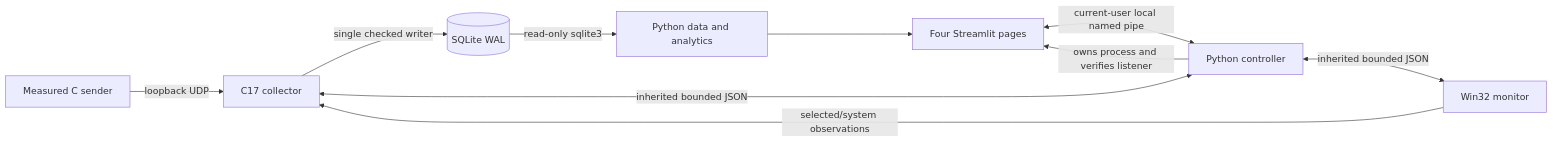
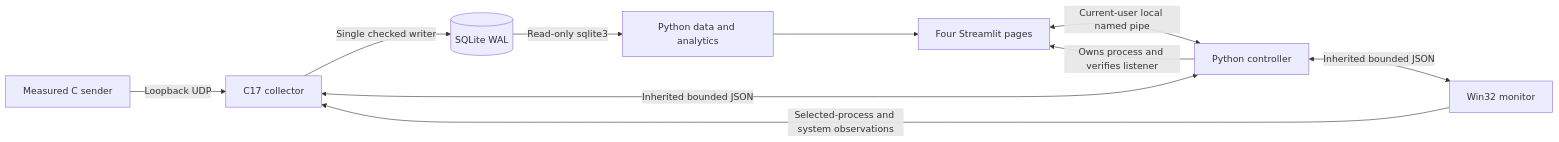
One commit to ahmed-mohamed-ref3at/PulseMetrics changed the diagram in README.md. Above: the diagram before and after it, drawn with Mermaid. The commit also changed other lines of this file, not shown here.

````diff
--- a/README.md
+++ b/README.md
@@ -15,12 +50,12 @@
 ```mermaid
 flowchart LR
-  S[Measured C sender] -->|loopback UDP| C[C17 collector]
-  M[Win32 monitor] -->|selected/system observations| C
-  C -->|single checked writer| D[(SQLite WAL)]
-  P[Python controller] <-->|inherited bounded JSON| C
-  P <-->|inherited bounded JSON| M
-  U[Four Streamlit pages] <-->|current-user local named pipe| P
-  D -->|read-only sqlite3| A[Python data and analytics]
-  A --> U
-  P -->|owns process and verifies listener| U
+    S[Measured C sender] -->|Loopback UDP| C[C17 collector]
+    M[Win32 monitor] -->|Selected-process and system observations| C
+    C -->|Single checked writer| D[(SQLite WAL)]
+    P[Python controller] <-->|Inherited bounded JSON| C
+    P <-->|Inherited bounded JSON| M
+    U[Four Streamlit pages] <-->|Current-user local named pipe| P
+    D -->|Read-only sqlite3| A[Python data and analytics]
+    A --> U
+    P -->|Owns process and verifies listener| U
 ```
````
